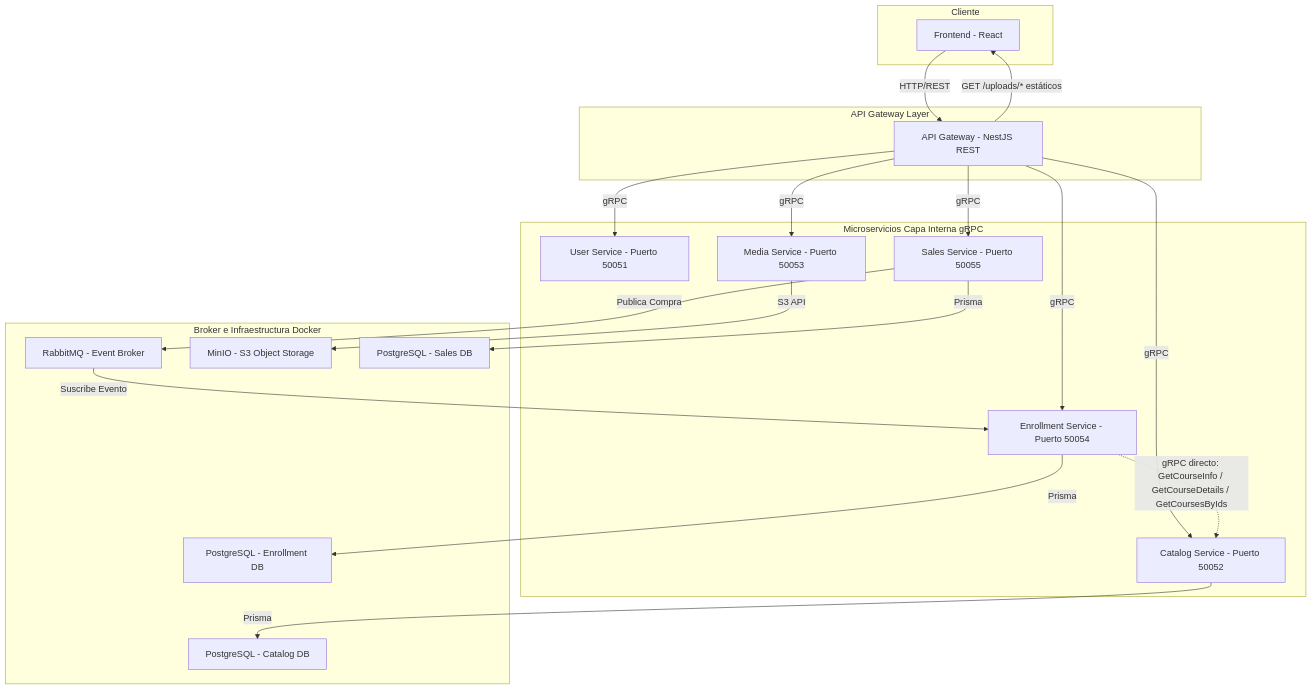
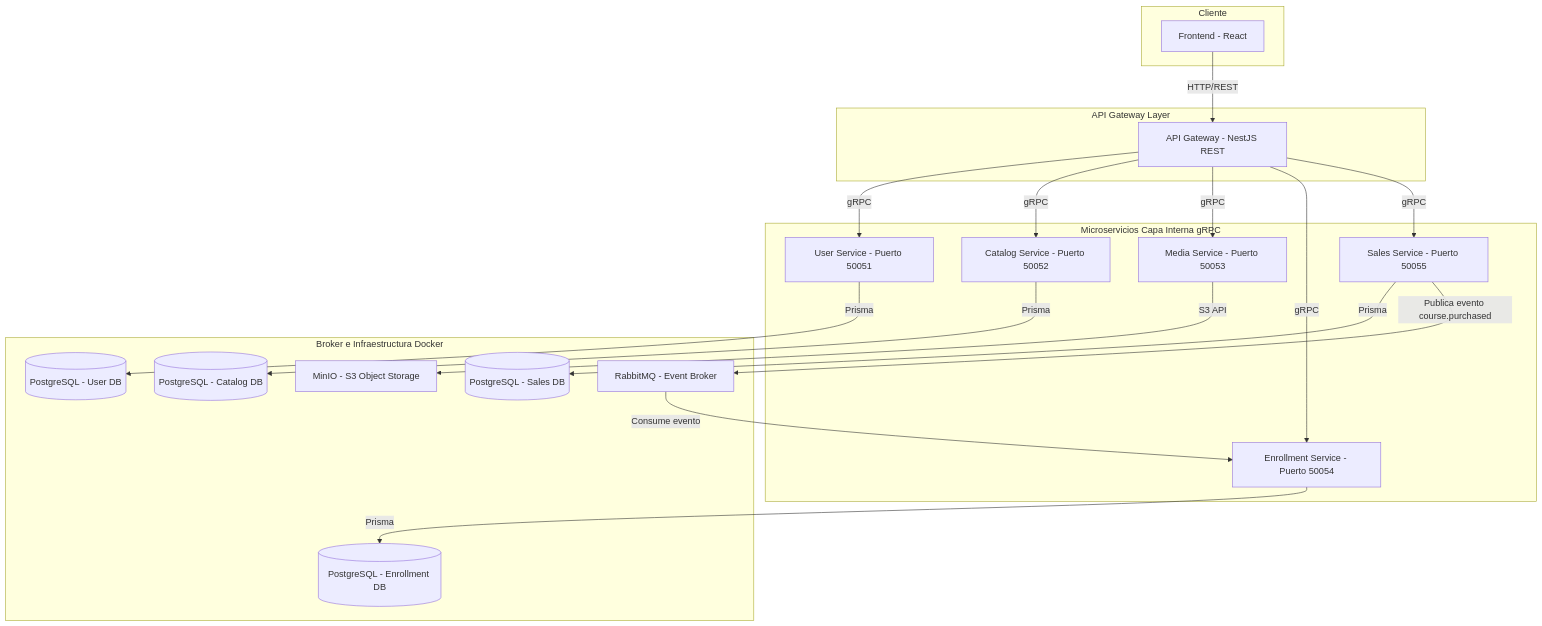
One commit to Pryectomaestria1/maestria-architecture changed the diagram in README.md. Above: the diagram before and after it, drawn with Mermaid. The commit also changed other lines of this file and 3 other files, not shown here.

Commit message:
docs: replace TDD and IMPLEMENTATION_STATE with single architecture report

````diff
--- a/README.md
+++ b/README.md
@@ -24,44 +20,43 @@
 ```mermaid
 graph TD
     subgraph Cliente
         FE[Frontend - React]
     end
 
     subgraph API Gateway Layer
         GW[API Gateway - NestJS REST]
     end
 
     subgraph Microservicios Capa Interna gRPC
         US[User Service - Puerto 50051]
         CS[Catalog Service - Puerto 50052]
         MS[Media Service - Puerto 50053]
         ES[Enrollment Service - Puerto 50054]
         SS[Sales Service - Puerto 50055]
     end
 
     subgraph Broker e Infraestructura Docker
         RMQ[RabbitMQ - Event Broker]
         MIO[MinIO - S3 Object Storage]
-        DB_CAT[PostgreSQL - Catalog DB]
-        DB_ENR[PostgreSQL - Enrollment DB]
-        DB_SAL[PostgreSQL - Sales DB]
+        DB_USER[(PostgreSQL - User DB)]
+        DB_CAT[(PostgreSQL - Catalog DB)]
+        DB_ENR[(PostgreSQL - Enrollment DB)]
+        DB_SAL[(PostgreSQL - Sales DB)]
     end
 
     FE -->|HTTP/REST| GW
-    GW -->|GET /uploads/* estáticos| FE
     GW -->|gRPC| US
     GW -->|gRPC| CS
     GW -->|gRPC| MS
     GW -->|gRPC| ES
     GW -->|gRPC| SS
 
+    US -->|Prisma| DB_USER
     CS -->|Prisma| DB_CAT
     ES -->|Prisma| DB_ENR
     SS -->|Prisma| DB_SAL
 
-    SS -->|Publica Compra| RMQ
-    RMQ -->|Suscribe Evento| ES
+    SS -->|Publica evento course.purchased| RMQ
+    RMQ -->|Consume evento| ES
     MS -->|S3 API| MIO
-
-    ES -.->|gRPC directo: GetCourseInfo / GetCourseDetails / GetCoursesByIds| CS
 ```
````
